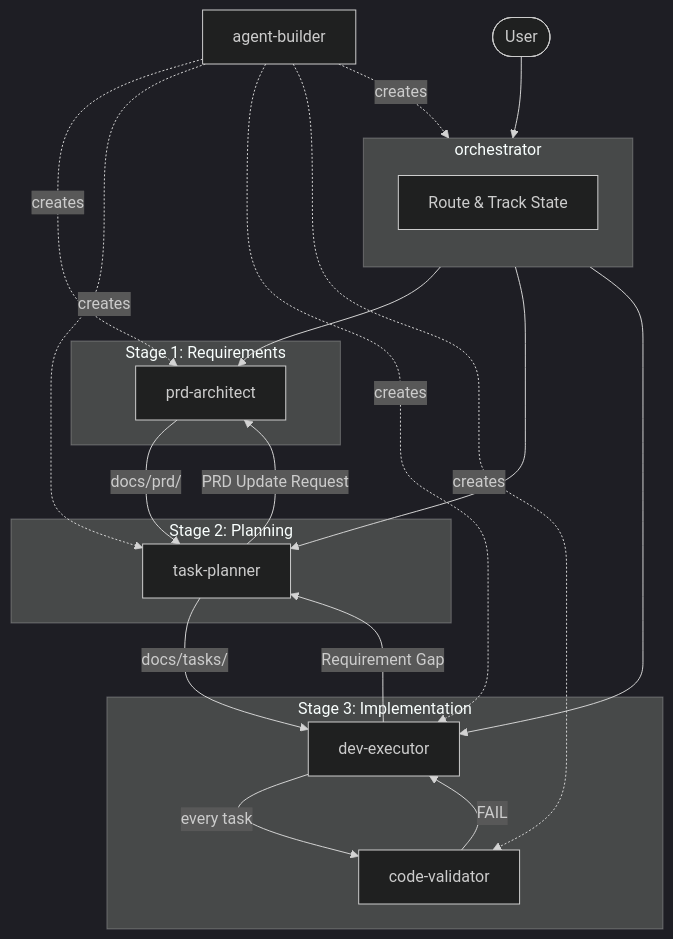
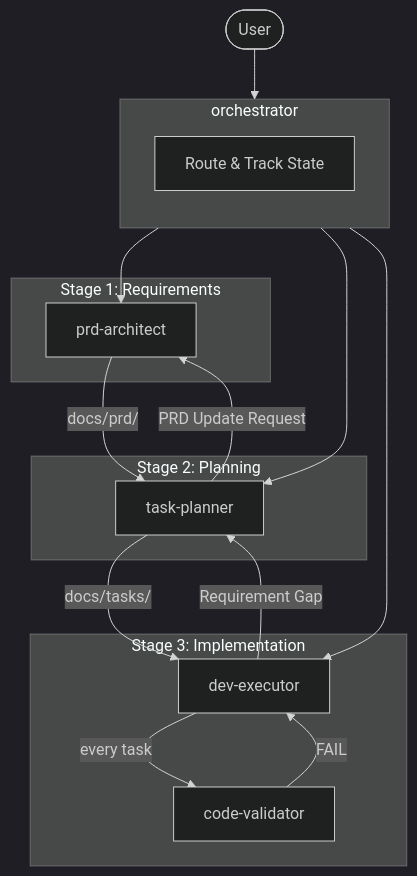
One commit to JDGrillo/agent-baseline changed the first of 2 diagrams in README.md. Above: the diagram before and after it, drawn with Mermaid (dark theme).

Commit message:
diagram update

````diff
--- a/README.md
+++ b/README.md
@@ -7,39 +7,33 @@
 ```mermaid
 flowchart TB
     User([User]) --> Orchestrator
 
     subgraph Orchestrator["orchestrator"]
         direction TB
         Router[Route & Track State]
     end
 
     subgraph Requirements["Stage 1: Requirements"]
         PRD[prd-architect]
     end
 
     subgraph Planning["Stage 2: Planning"]
         TP[task-planner]
     end
 
     subgraph Implementation["Stage 3: Implementation"]
         DE[dev-executor]
         CV[code-validator]
         DE -->|every task| CV
         CV -->|FAIL| DE
     end
 
     Orchestrator --> PRD
     Orchestrator --> TP
     Orchestrator --> DE
 
     PRD -->|docs/prd/| TP
     TP -->|docs/tasks/| DE
     TP -->|PRD Update Request| PRD
     DE -->|Requirement Gap| TP
-
-    AB[agent-builder] -.->|creates| PRD
-    AB -.->|creates| TP
-    AB -.->|creates| DE
-    AB -.->|creates| CV
-    AB -.->|creates| Orchestrator
 ```
````
